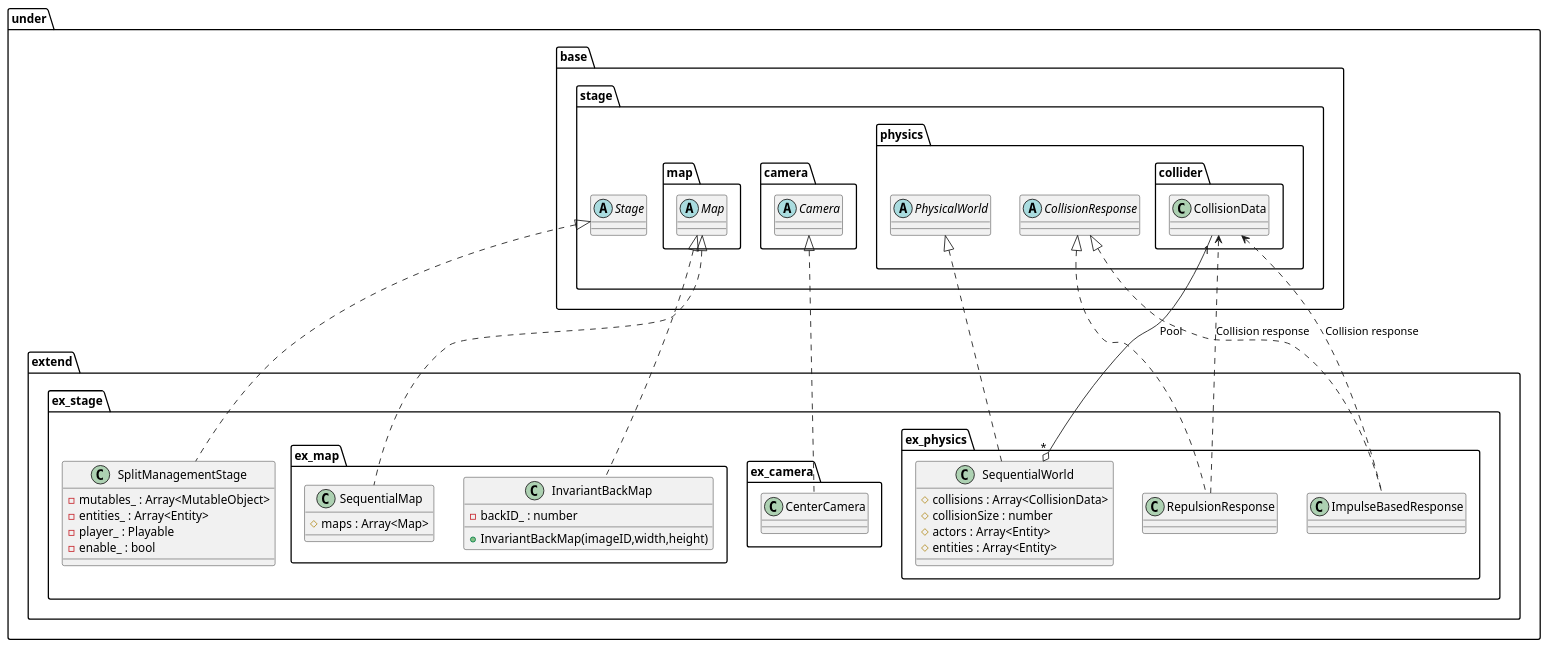
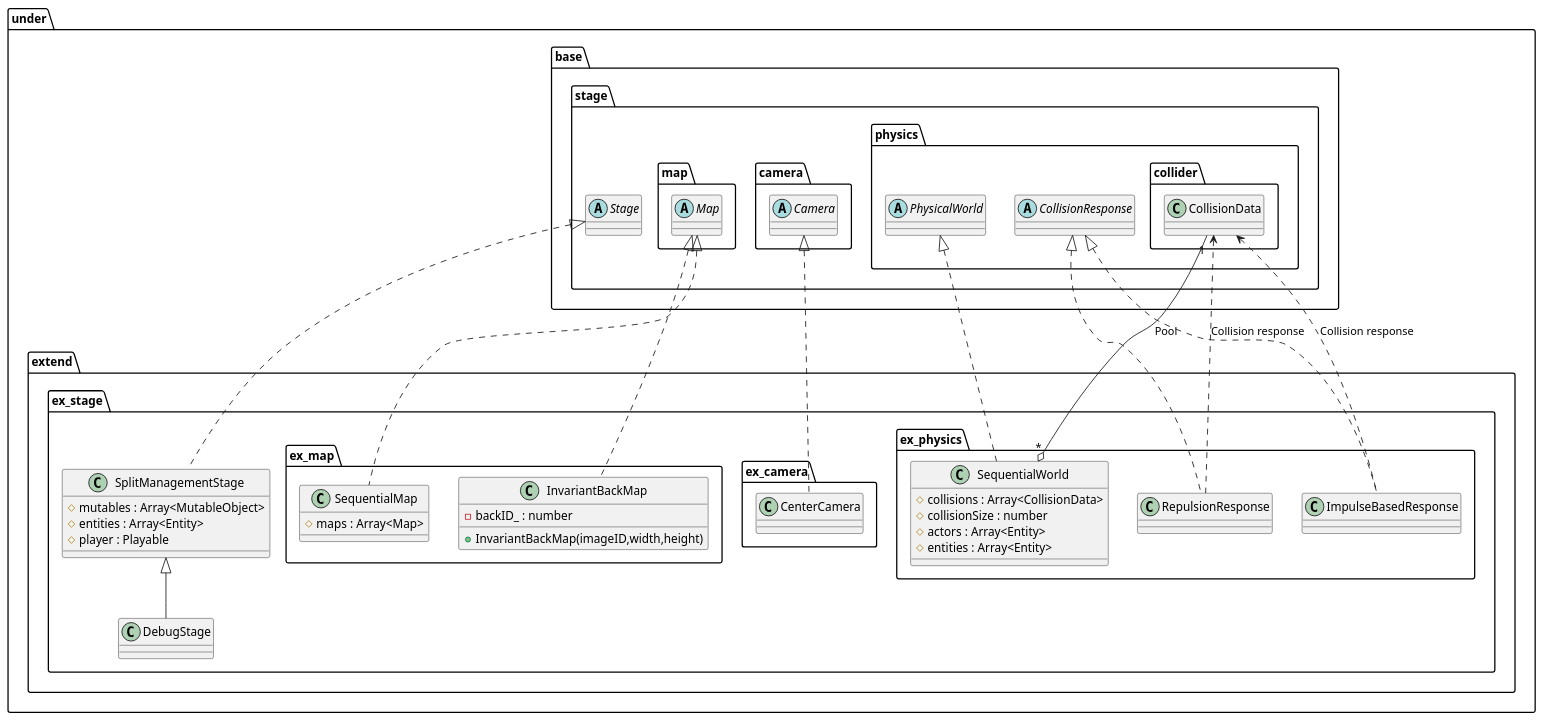
Before and after one commit to Expine/Under: the diagram in uml/stage/Extend.wsd, drawn with PlantUML. The commit also changed 15 other files, not shown here.

```diff
--- a/uml/stage/Extend.wsd
+++ b/uml/stage/Extend.wsd
@@ -1,71 +1,72 @@
 @startuml StageExtend
 package under {
     package extend {
         package ex_stage {
             class SplitManagementStage {
-                -mutables_ : Array<MutableObject>
-                -entities_ : Array<Entity>
-                -player_ : Playable
-                -enable_ : bool
+                #mutables : Array<MutableObject>
+                #entities : Array<Entity>
+                #player : Playable
             }
+            class DebugStage
             package ex_map {
                 class SequentialMap {
                     #maps : Array<Map>
                 }
                 class InvariantBackMap {
                     +InvariantBackMap(imageID,width,height)
                     -backID_ : number
                 }
             }
             package ex_camera {
                 class CenterCamera
             }
 
             package ex_physics {
                 class SequentialWorld {
                     #collisions : Array<CollisionData>
                     #collisionSize : number
                     #actors : Array<Entity>
                     #entities : Array<Entity>
                 }
                 class ImpulseBasedResponse
                 class RepulsionResponse
             }
         }
     }
 }
 
 package under {
     package base {
         package stage {
             abstract Stage
             package map {
                 abstract Map
             }
             package camera {
                 abstract Camera
             }
             package physics {
                 abstract PhysicalWorld
                 abstract CollisionResponse
                 package collider {
                     class CollisionData
                 }
             }
         }
     }
 }
 
 CollisionData <.. ImpulseBasedResponse : Collision response
 CollisionData <.. RepulsionResponse : Collision response
 CollisionData "1"--o "*"SequentialWorld : Pool
 
 Stage <|.. SplitManagementStage
+SplitManagementStage <|-- DebugStage
 Camera <|.. CenterCamera
 Map <|.. SequentialMap
 Map <|.. InvariantBackMap
 PhysicalWorld <|.. SequentialWorld
 CollisionResponse <|.. ImpulseBasedResponse
 CollisionResponse <|.. RepulsionResponse
 
 @enduml
```
